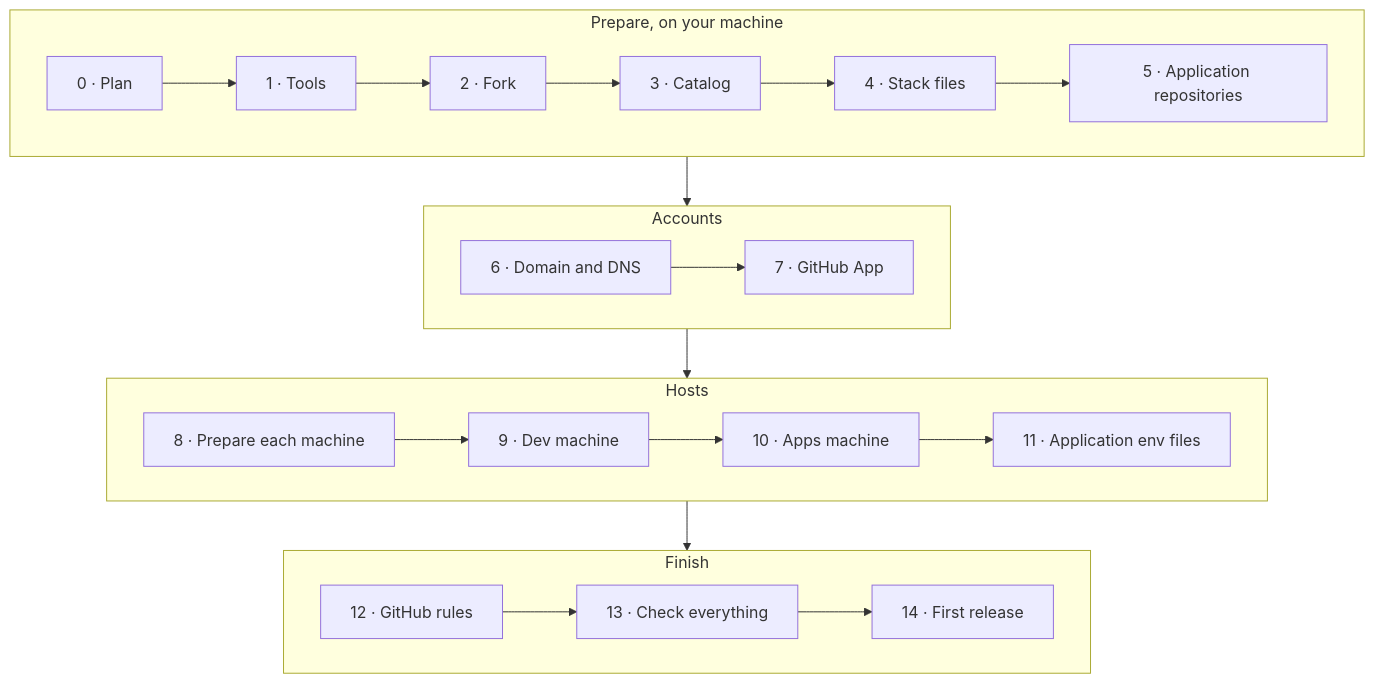
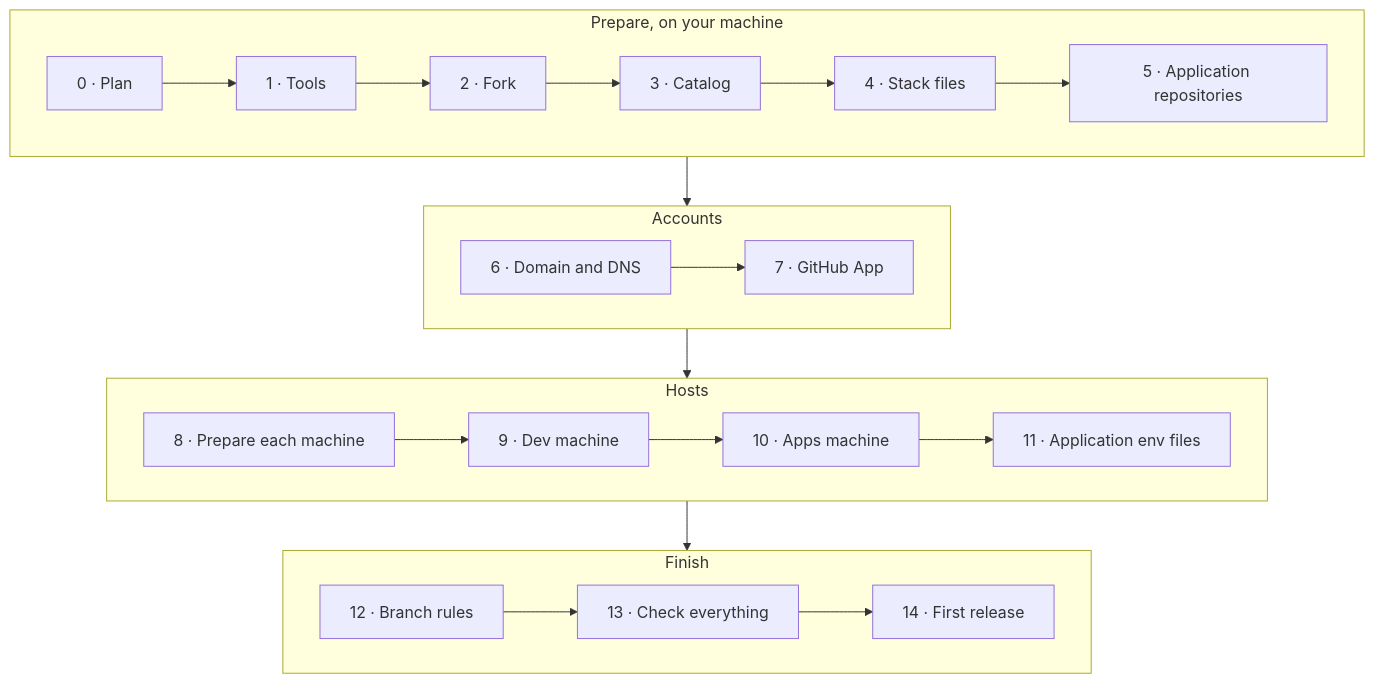
The diagram in docs/setup.md (artur-rios/yggdrasil), drawn with Mermaid before and after one commit. The commit also changed other lines of this file and 11 other files, not shown here.

````diff
--- a/docs/setup.md
+++ b/docs/setup.md
@@ -13,16 +13,16 @@
 ```mermaid
 flowchart TB
     subgraph prepare [Prepare, on your machine]
         S0[0 · Plan] --> S1[1 · Tools] --> S2[2 · Fork] --> S3[3 · Catalog] --> S4[4 · Stack files] --> S5[5 · Application repositories]
     end
     subgraph accounts [Accounts]
         S6[6 · Domain and DNS] --> S7[7 · GitHub App]
     end
     subgraph hosts [Hosts]
         S8[8 · Prepare each machine] --> S9[9 · Dev machine] --> S10[10 · Apps machine] --> S11[11 · Application env files]
     end
     subgraph finish [Finish]
-        S12[12 · GitHub rules] --> S13[13 · Check everything] --> S14[14 · First release]
+        S12[12 · Branch rules] --> S13[13 · Check everything] --> S14[14 · First release]
     end
     prepare --> accounts --> hosts --> finish
 ```
````
